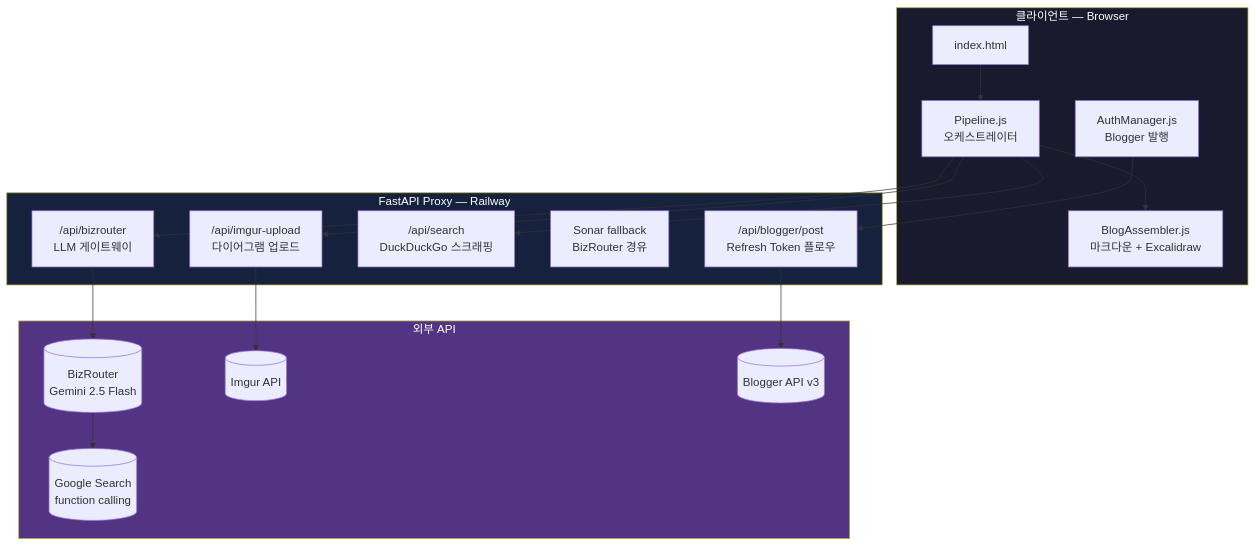
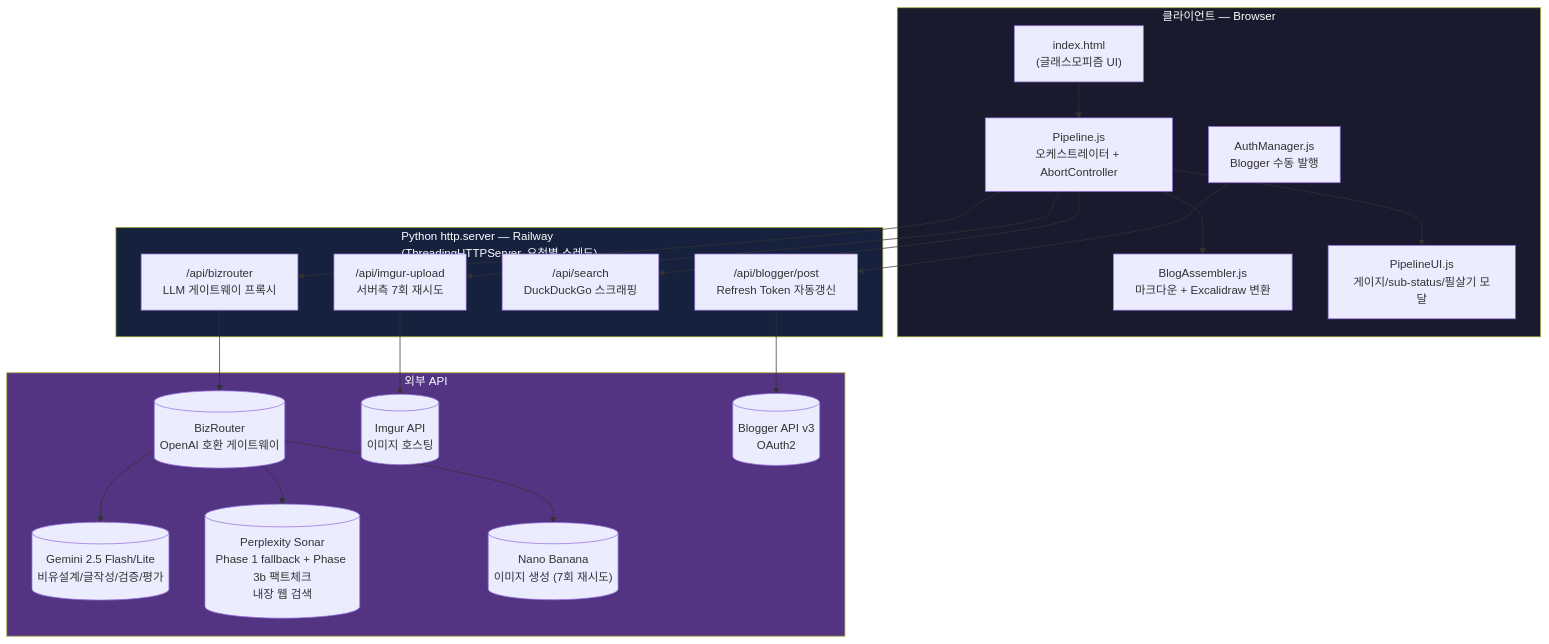
One commit to Technoetic/blog-generator changed the fourth of 11 diagrams in README.md. Above: the diagram before and after it, drawn with Mermaid. The commit also changed other lines of this file, not shown here.

Commit message:
docs: 에이전트 아키텍처 다이어그램 최신화
- FastAPI Proxy → Python http.server (ThreadingHTTPServer) 정정
- Google Search function calling → Perplexity Sonar (Phase 3b 팩트체크)
- Imgur 업로드에 7회 재시도 명시
- 외부 API에 Nano Banana, Sonar 분리 추가
- 클라이언트에 PipelineUI.js (게이지/sub-status/필살기 모달) 추가
- BizRouter → Gemini/Sonar/Nano Banana 분기 구조 시각화

````diff
--- a/README.md
+++ b/README.md
@@ -227,39 +227,44 @@
 ```mermaid
 graph TB
     subgraph client["클라이언트 — Browser"]
-        UI["index.html"]
-        PIPE["Pipeline.js<br/>오케스트레이터"]
-        ASM["BlogAssembler.js<br/>마크다운 + Excalidraw"]
-        AUTH["AuthManager.js<br/>Blogger 발행"]
+        UI["index.html<br/>(글래스모피즘 UI)"]
+        PIPE["Pipeline.js<br/>오케스트레이터 + AbortController"]
+        ASM["BlogAssembler.js<br/>마크다운 + Excalidraw 변환"]
+        UI_MGR["PipelineUI.js<br/>게이지/sub-status/필살기 모달"]
+        AUTH["AuthManager.js<br/>Blogger 수동 발행"]
     end
 
-    subgraph server["FastAPI Proxy — Railway"]
-        BIZ["/api/bizrouter<br/>LLM 게이트웨이"]
-        IMG["/api/imgur-upload<br/>다이어그램 업로드"]
+    subgraph server["Python http.server — Railway<br/>(ThreadingHTTPServer, 요청별 스레드)"]
+        BIZ["/api/bizrouter<br/>LLM 게이트웨이 프록시"]
+        IMG["/api/imgur-upload<br/>서버측 7회 재시도"]
         SRCH["/api/search<br/>DuckDuckGo 스크래핑"]
-        SONAR_FB["Sonar fallback<br/>BizRouter 경유"]
-        BLOG_P["/api/blogger/post<br/>Refresh Token 플로우"]
+        BLOG_P["/api/blogger/post<br/>Refresh Token 자동갱신"]
     end
 
     subgraph external["외부 API"]
-        BR[("BizRouter<br/>Gemini 2.5 Flash")]
-        GOOG[("Google Search<br/>function calling")]
-        IMGUR[("Imgur API")]
-        BLOGGER[("Blogger API v3")]
+        BR[("BizRouter<br/>OpenAI 호환 게이트웨이")]
+        GM[("Gemini 2.5 Flash/Lite<br/>비유설계/글작성/검증/평가")]
+        SONAR[("Perplexity Sonar<br/>Phase 1 fallback + Phase 3b 팩트체크<br/>내장 웹 검색")]
+        NB[("Nano Banana<br/>이미지 생성 (7회 재시도)")]
+        IMGUR[("Imgur API<br/>이미지 호스팅")]
+        BLOGGER[("Blogger API v3<br/>OAuth2")]
     end
 
     UI --> PIPE
     PIPE --> ASM
+    PIPE --> UI_MGR
     PIPE --> BIZ
     PIPE --> IMG
     PIPE --> SRCH
     AUTH --> BLOG_P
     BIZ --> BR
-    BR --> GOOG
+    BR --> GM
+    BR --> SONAR
+    BR --> NB
     IMG --> IMGUR
     BLOG_P --> BLOGGER
 
     style client fill:#1a1a2e,color:#fff
     style server fill:#16213e,color:#fff
     style external fill:#533483,color:#fff
 ```
````
